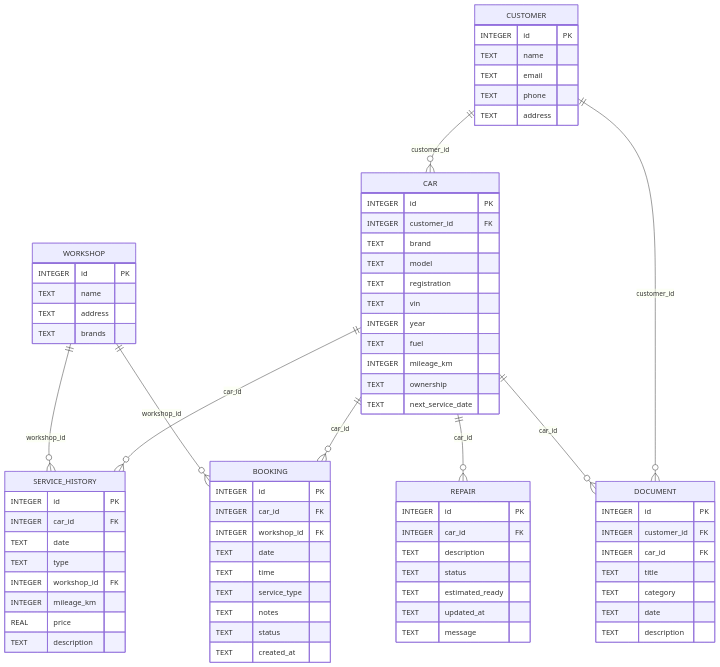
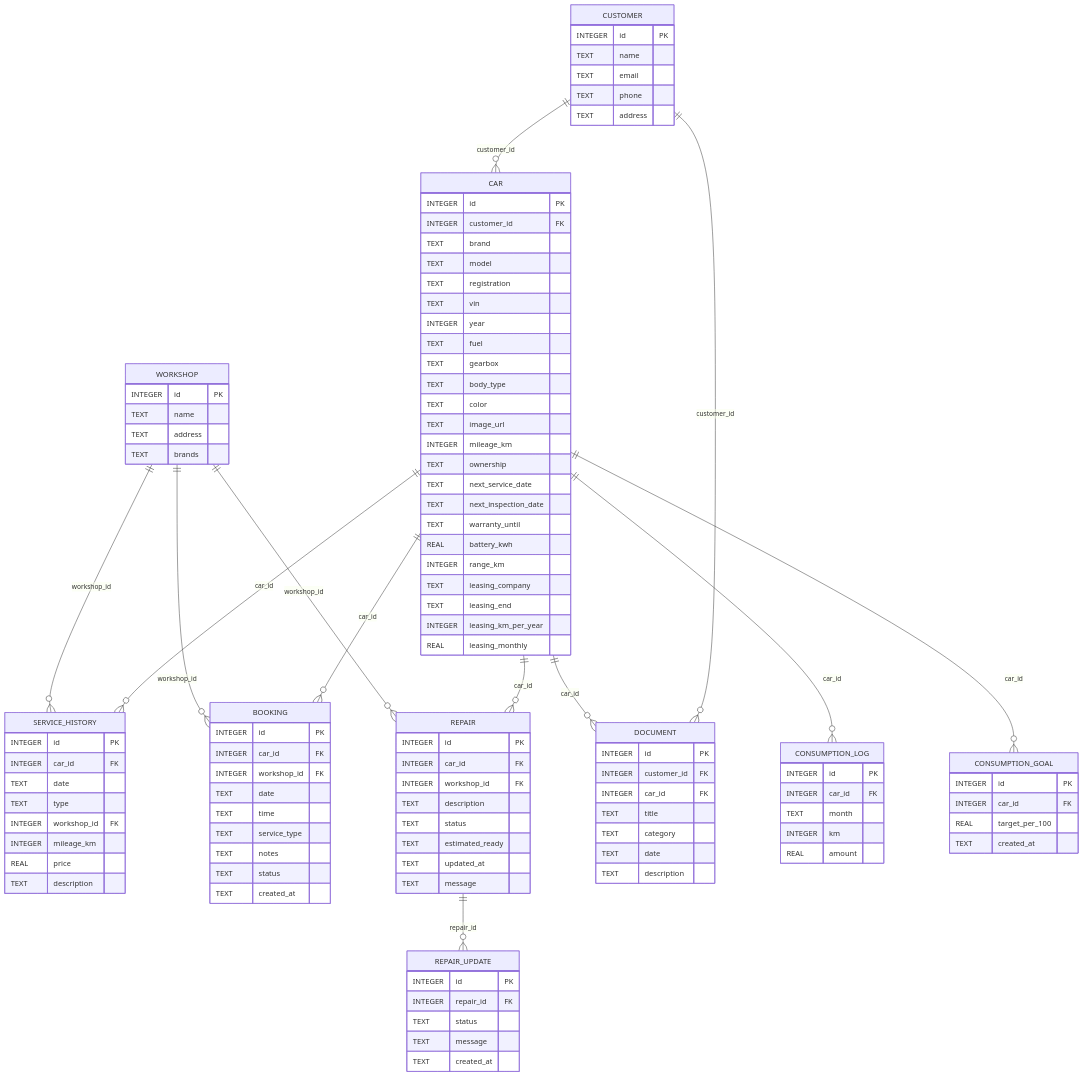
One commit to EKmiwn/e2026-3-sem-A changed the first of 2 diagrams in 10-Ejner-Hessel/DOCS.md. Above: the diagram before and after it, drawn with Mermaid. The commit also changed other lines of this file and 31 other files, not shown here.

````diff
--- a/10-Ejner-Hessel/DOCS.md
+++ b/10-Ejner-Hessel/DOCS.md
@@ -53,13 +81,17 @@
 ```mermaid
 erDiagram
     CUSTOMER ||--o{ CAR : "customer_id"
+    CAR ||--o{ SERVICE_HISTORY : "car_id"
     WORKSHOP ||--o{ SERVICE_HISTORY : "workshop_id"
-    CAR ||--o{ SERVICE_HISTORY : "car_id"
+    CAR ||--o{ BOOKING : "car_id"
     WORKSHOP ||--o{ BOOKING : "workshop_id"
-    CAR ||--o{ BOOKING : "car_id"
     CAR ||--o{ REPAIR : "car_id"
+    WORKSHOP ||--o{ REPAIR : "workshop_id"
+    REPAIR ||--o{ REPAIR_UPDATE : "repair_id"
+    CUSTOMER ||--o{ DOCUMENT : "customer_id"
     CAR ||--o{ DOCUMENT : "car_id"
-    CUSTOMER ||--o{ DOCUMENT : "customer_id"
+    CAR ||--o{ CONSUMPTION_LOG : "car_id"
+    CAR ||--o{ CONSUMPTION_GOAL : "car_id"
     CUSTOMER {
         INTEGER id PK
         TEXT name
@@ -82,9 +114,21 @@
         TEXT vin
         INTEGER year
         TEXT fuel
+        TEXT gearbox
+        TEXT body_type
+        TEXT color
+        TEXT image_url
         INTEGER mileage_km
         TEXT ownership
         TEXT next_service_date
+        TEXT next_inspection_date
+        TEXT warranty_until
+        REAL battery_kwh
+        INTEGER range_km
+        TEXT leasing_company
+        TEXT leasing_end
+        INTEGER leasing_km_per_year
+        REAL leasing_monthly
     }
     SERVICE_HISTORY {
         INTEGER id PK
@@ -110,11 +154,19 @@
     REPAIR {
         INTEGER id PK
         INTEGER car_id FK
+        INTEGER workshop_id FK
         TEXT description
         TEXT status
         TEXT estimated_ready
         TEXT updated_at
         TEXT message
+    }
+    REPAIR_UPDATE {
+        INTEGER id PK
+        INTEGER repair_id FK
+        TEXT status
+        TEXT message
+        TEXT created_at
     }
     DOCUMENT {
         INTEGER id PK
@@ -125,4 +177,17 @@
         TEXT date
         TEXT description
     }
+    CONSUMPTION_LOG {
+        INTEGER id PK
+        INTEGER car_id FK
+        TEXT month
+        INTEGER km
+        REAL amount
+    }
+    CONSUMPTION_GOAL {
+        INTEGER id PK
+        INTEGER car_id FK
+        REAL target_per_100
+        TEXT created_at
+    }
 ```
````
